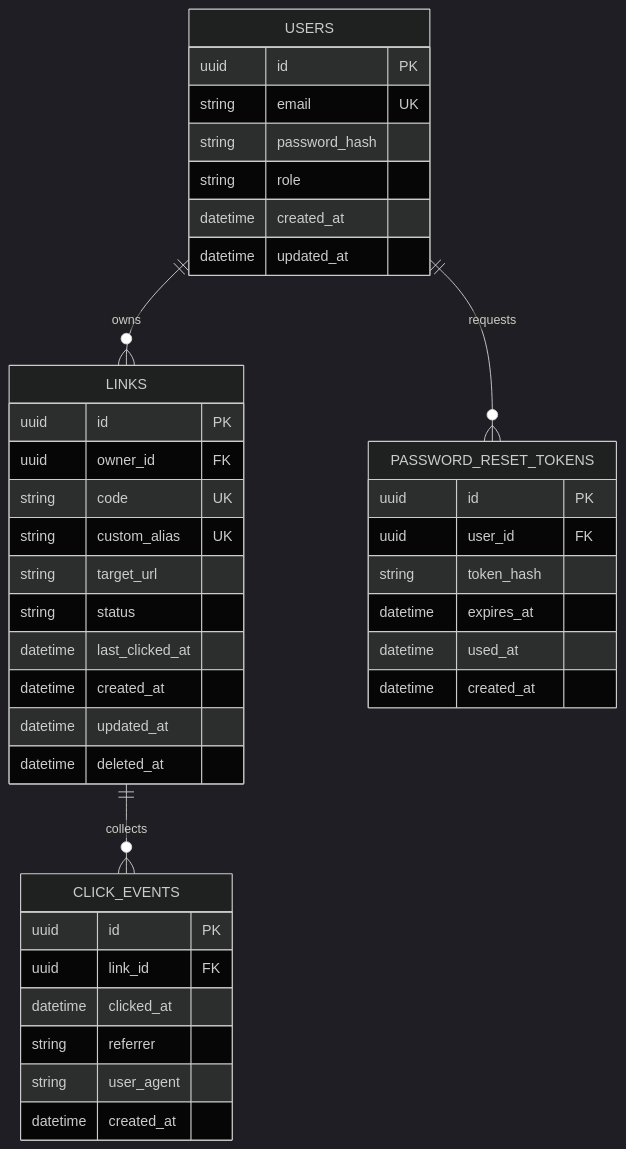
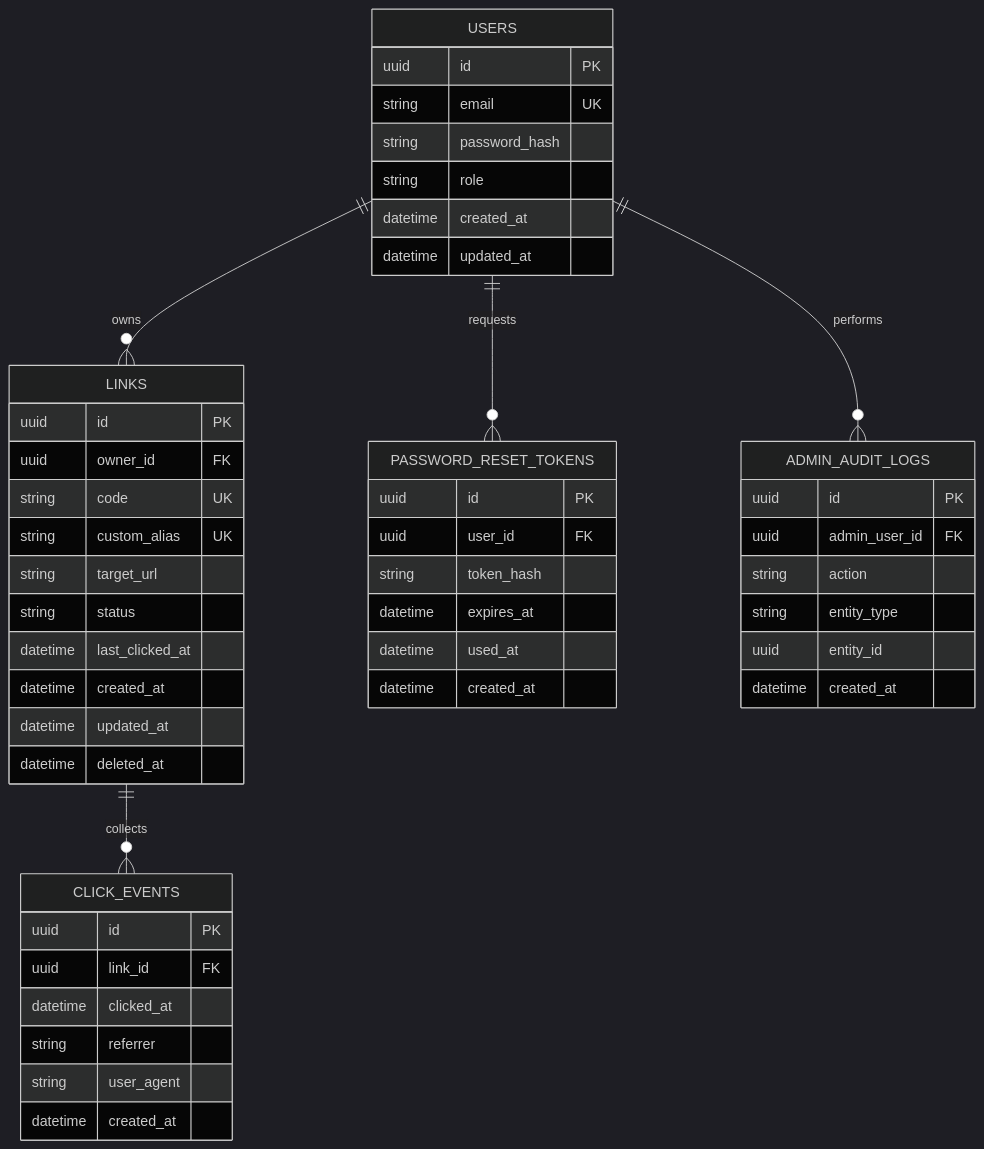
The second of 2 diagrams in docs/er-diagram.md (k3llone/TrackLink), drawn with Mermaid (dark theme) before and after one commit. The commit also changed other lines of this file and 8 other files, not shown here.

````diff
--- a/docs/er-diagram.md
+++ b/docs/er-diagram.md
@@ -165,48 +166,58 @@
 ```mermaid
 
 erDiagram
     USERS {
         uuid id PK
         string email UK
         string password_hash
         string role
         datetime created_at
         datetime updated_at
     }
 
     LINKS {
         uuid id PK
         uuid owner_id FK
         string code UK
         string custom_alias UK
         string target_url
         string status
         datetime last_clicked_at
         datetime created_at
         datetime updated_at
         datetime deleted_at
     }
 
     CLICK_EVENTS {
         uuid id PK
         uuid link_id FK
         datetime clicked_at
         string referrer
         string user_agent
         datetime created_at
     }
 
     PASSWORD_RESET_TOKENS {
         uuid id PK
         uuid user_id FK
         string token_hash
         datetime expires_at
         datetime used_at
         datetime created_at
     }
 
+    ADMIN_AUDIT_LOGS {
+        uuid id PK
+        uuid admin_user_id FK
+        string action
+        string entity_type
+        uuid entity_id
+        datetime created_at
+    }
+
     USERS ||--o{ LINKS : owns
     LINKS ||--o{ CLICK_EVENTS : collects
     USERS ||--o{ PASSWORD_RESET_TOKENS : requests
+    USERS ||--o{ ADMIN_AUDIT_LOGS : performs
 
 ```
````
